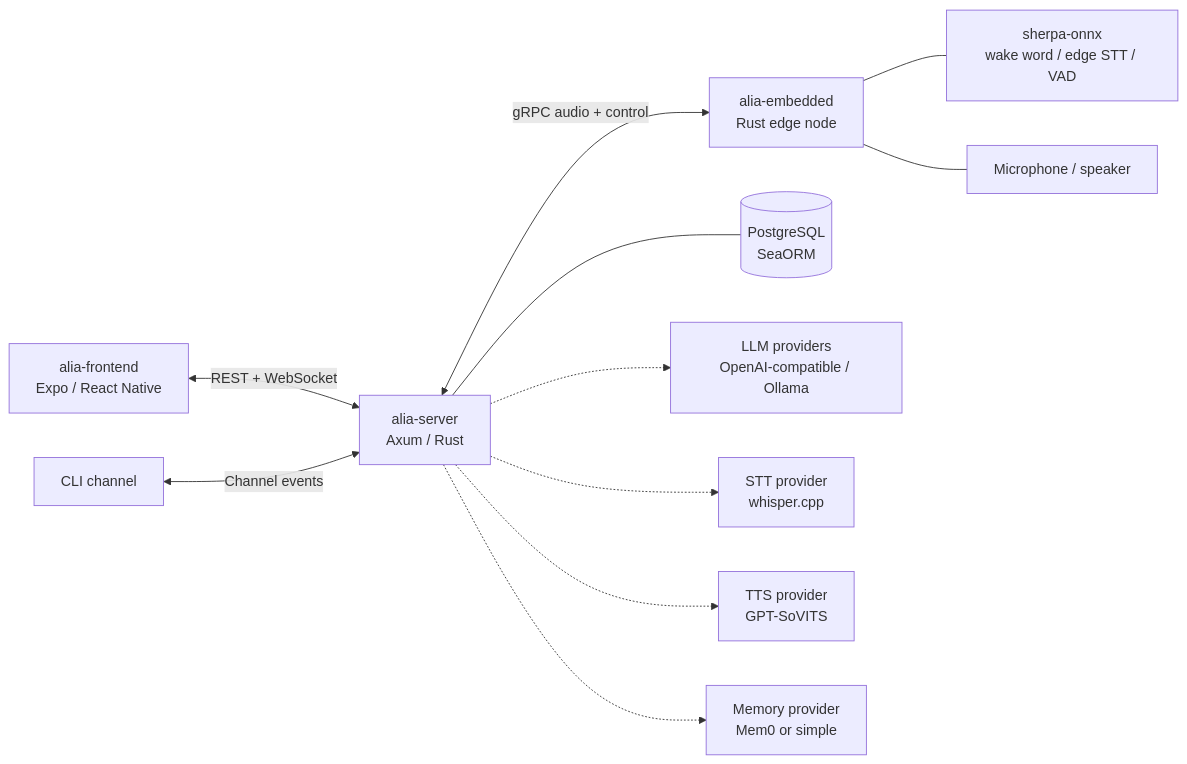
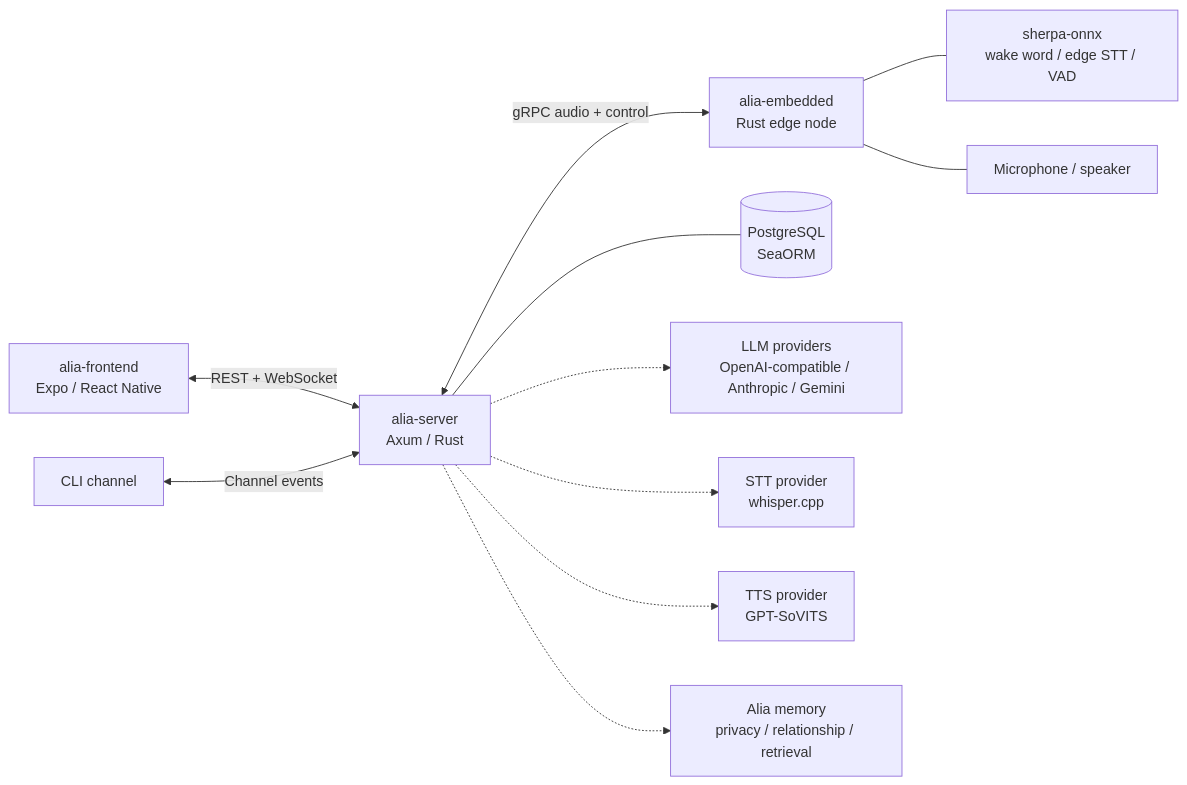
The diagram in docs/architecture/overview.md (Ke-Qiao/project-alia), drawn with Mermaid before and after one commit. The commit also changed 50 other files, not shown here.

Commit message:
feat(server): replace mem0 with alia-memory

````diff
--- a/docs/architecture/overview.md
+++ b/docs/architecture/overview.md
@@ -13,13 +13,13 @@
 ```mermaid
 graph LR
     Frontend["alia-frontend<br/>Expo / React Native"] <-->|"REST + WebSocket"| Server["alia-server<br/>Axum / Rust"]
     CLI["CLI channel"] <-->|"Channel events"| Server
     Server <-->|"gRPC audio + control"| Embedded["alia-embedded<br/>Rust edge node"]
     Server --- Postgres[("PostgreSQL<br/>SeaORM")]
-    Server -.-> LLM["LLM providers<br/>OpenAI-compatible / Ollama"]
+    Server -.-> LLM["LLM providers<br/>OpenAI-compatible / Anthropic / Gemini"]
     Server -.-> STT["STT provider<br/>whisper.cpp"]
     Server -.-> TTS["TTS provider<br/>GPT-SoVITS"]
-    Server -.-> Memory["Memory provider<br/>Mem0 or simple"]
+    Server -.-> Memory["Alia memory<br/>privacy / relationship / retrieval"]
     Embedded --- LocalModels["sherpa-onnx<br/>wake word / edge STT / VAD"]
     Embedded --- Audio["Microphone / speaker"]
 ```
````
